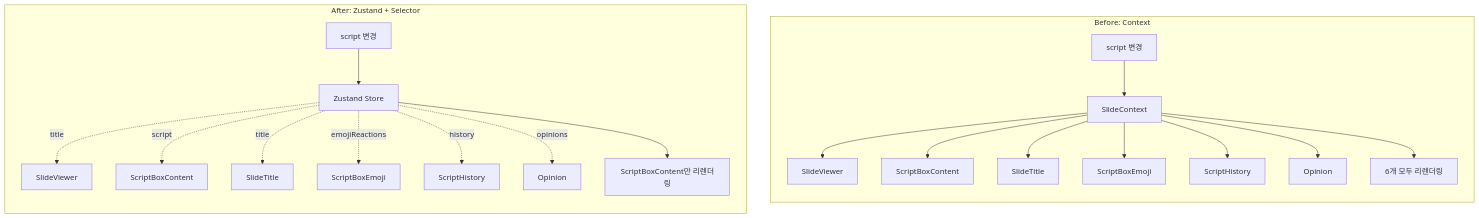
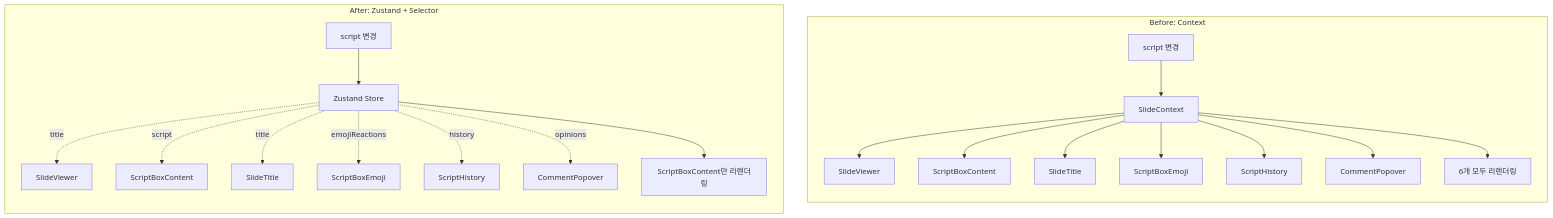
The seventh of 7 diagrams in docs/slide-data-flow.md (TTORANG/Web), drawn with Mermaid before and after one commit. The commit also changed other lines of this file and 8 other files, not shown here.

````diff
--- a/docs/slide-data-flow.md
+++ b/docs/slide-data-flow.md
@@ -259,30 +259,30 @@
 ```mermaid
 flowchart TB
     subgraph Before[Before: Context]
         direction TB
         CTX[SlideContext]
         CTX --> C1[SlideViewer]
         CTX --> C2[ScriptBoxContent]
         CTX --> C3[SlideTitle]
         CTX --> C4[ScriptBoxEmoji]
         CTX --> C5[ScriptHistory]
-        CTX --> C6[Opinion]
+        CTX --> C6[CommentPopover]
 
         CHANGE1[script 변경] --> CTX
         CTX --> RERENDER1[6개 모두 리렌더링]
     end
 
     subgraph After[After: Zustand + Selector]
         direction TB
         ZS[Zustand Store]
         ZS -.->|title| Z1[SlideViewer]
         ZS -.->|script| Z2[ScriptBoxContent]
         ZS -.->|title| Z3[SlideTitle]
         ZS -.->|emojiReactions| Z4[ScriptBoxEmoji]
         ZS -.->|history| Z5[ScriptHistory]
-        ZS -.->|opinions| Z6[Opinion]
+        ZS -.->|opinions| Z6[CommentPopover]
 
         CHANGE2[script 변경] --> ZS
         ZS --> RERENDER2[ScriptBoxContent만 리렌더링]
     end
 ```
````
